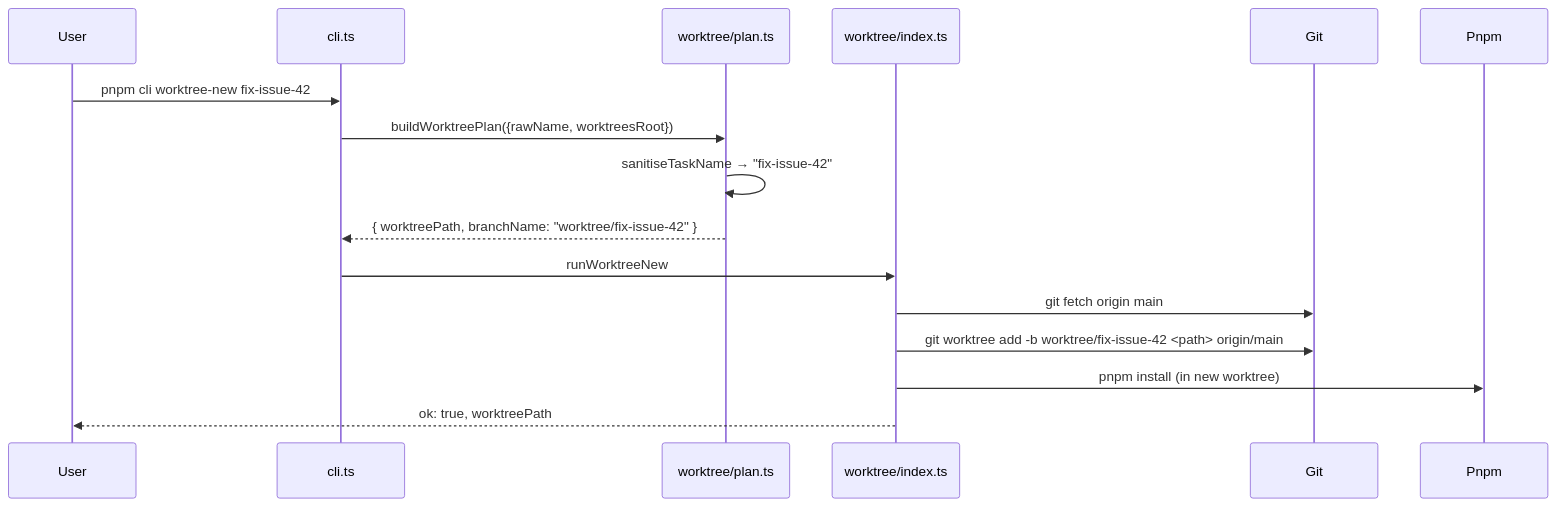
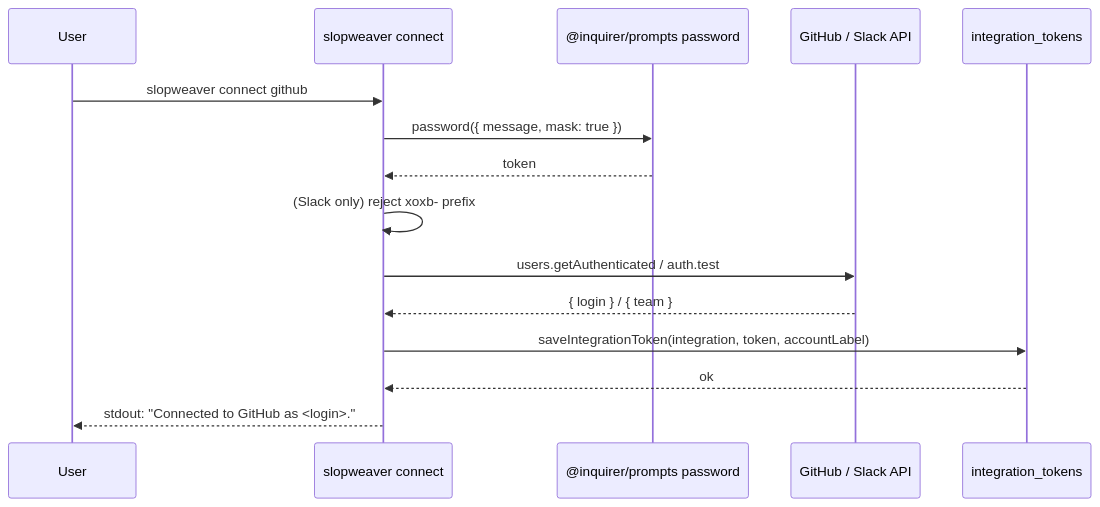
One commit to slopweaver/slopweaver changed the second of 5 diagrams in docs/CODEBASE_MAP.md. Above: the diagram before and after it, drawn with Mermaid. The commit also changed other lines of this file and 1 other file, not shown here.

````diff
--- a/docs/CODEBASE_MAP.md
+++ b/docs/CODEBASE_MAP.md
@@ -202,19 +434,18 @@
 ```mermaid
 sequenceDiagram
     participant User
-    participant CLI as cli.ts
-    participant Plan as worktree/plan.ts
-    participant Worktree as worktree/index.ts
-    participant Git
-    participant Pnpm
+    participant CLI as slopweaver connect
+    participant Prompt as @inquirer/prompts password
+    participant API as GitHub / Slack API
+    participant DB as integration_tokens
 
-    User->>CLI: pnpm cli worktree-new fix-issue-42
-    CLI->>Plan: buildWorktreePlan({rawName, worktreesRoot})
-    Plan->>Plan: sanitiseTaskName → "fix-issue-42"
-    Plan-->>CLI: { worktreePath, branchName: "worktree/fix-issue-42" }
-    CLI->>Worktree: runWorktreeNew
-    Worktree->>Git: git fetch origin main
-    Worktree->>Git: git worktree add -b worktree/fix-issue-42 <path> origin/main
-    Worktree->>Pnpm: pnpm install (in new worktree)
-    Worktree-->>User: ok: true, worktreePath
+    User->>CLI: slopweaver connect github
+    CLI->>Prompt: password({ message, mask: true })
+    Prompt-->>CLI: token
+    CLI->>CLI: (Slack only) reject xoxb- prefix
+    CLI->>API: users.getAuthenticated / auth.test
+    API-->>CLI: { login } / { team }
+    CLI->>DB: saveIntegrationToken(integration, token, accountLabel)
+    DB-->>CLI: ok
+    CLI-->>User: stdout: "Connected to GitHub as <login>."
 ```
````
